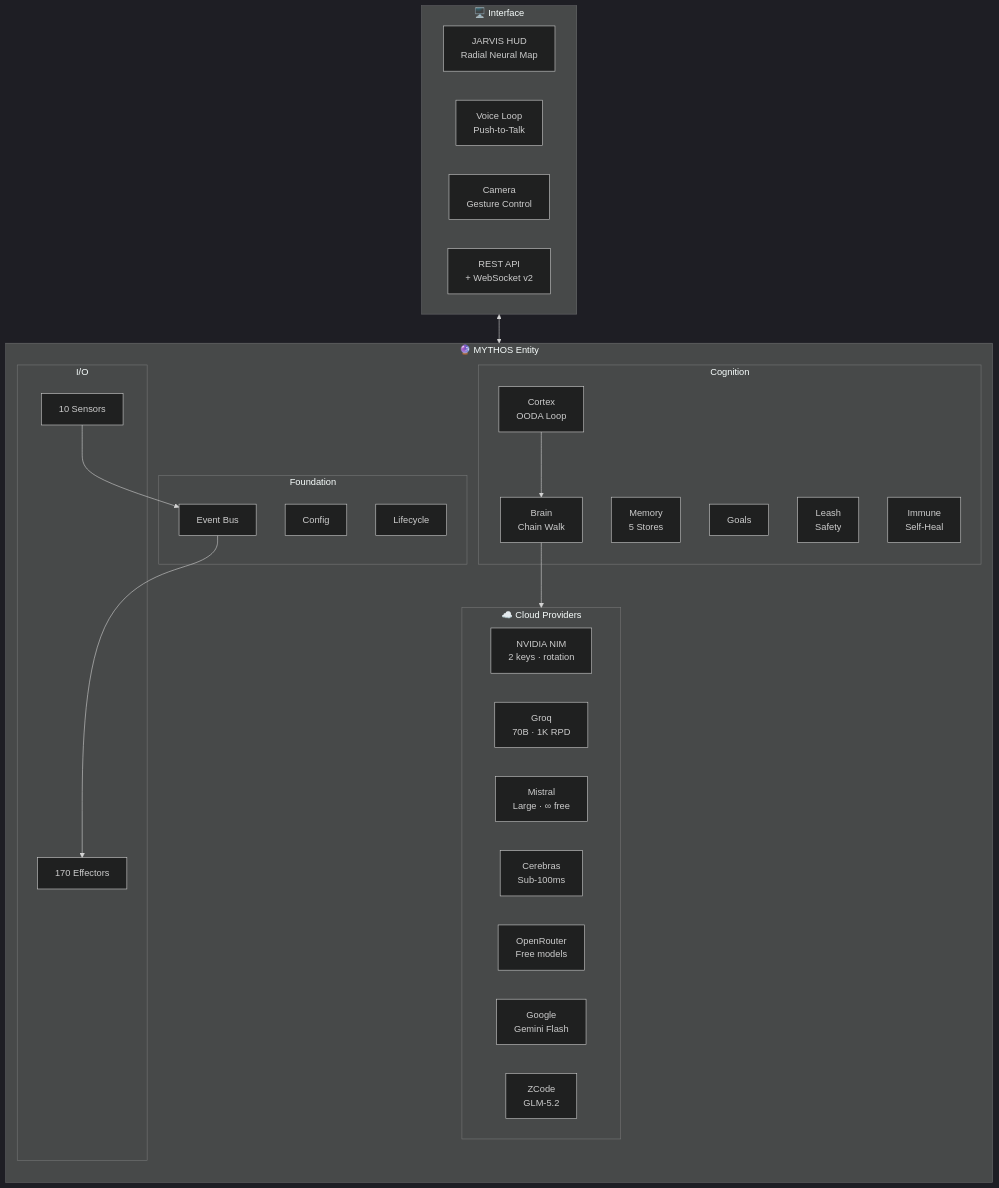
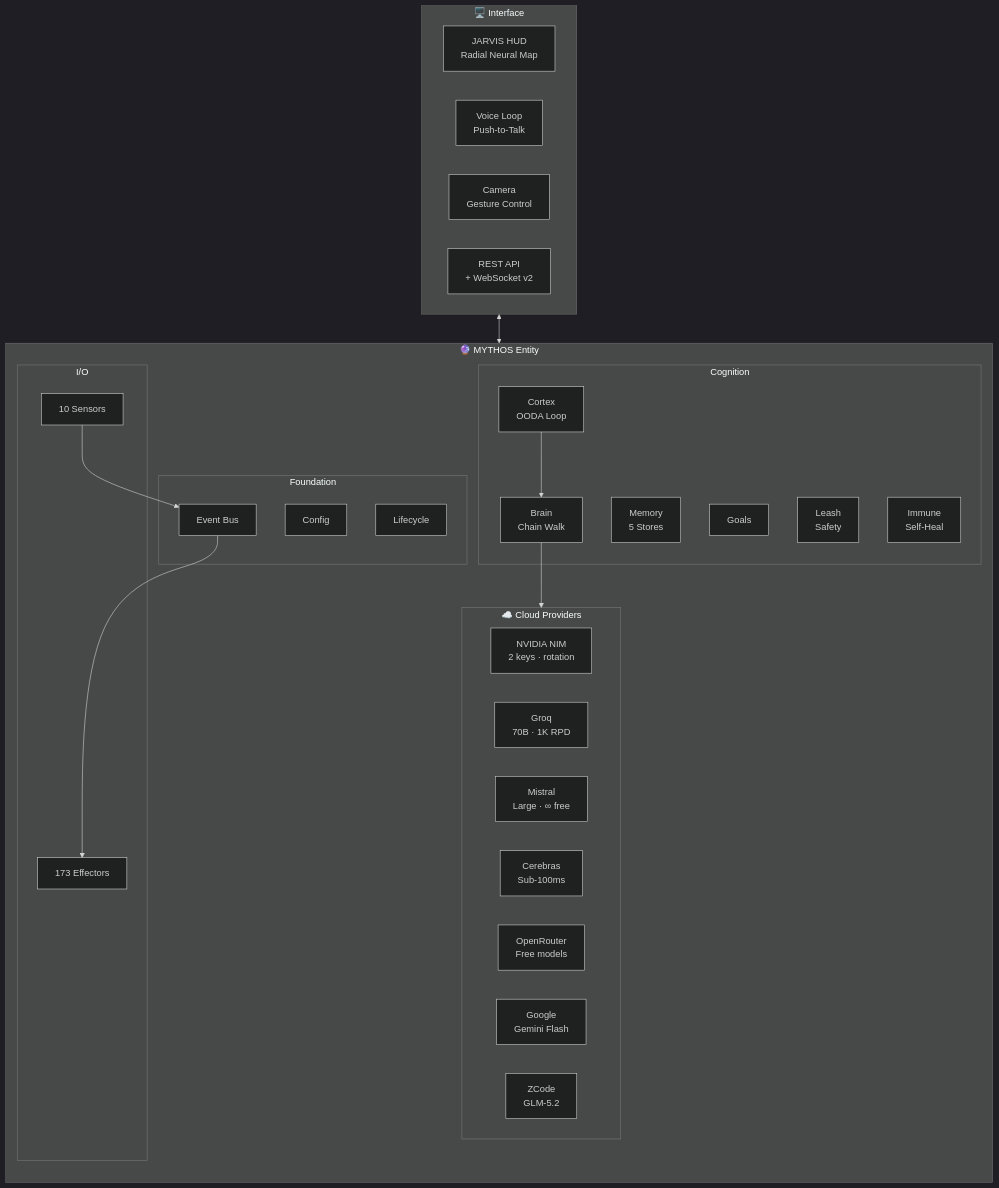
One commit to HailLucifer666/Agent_OS changed the first of 11 diagrams in README.md. Above: the diagram before and after it, drawn with Mermaid (dark theme). The commit also changed other lines of this file and 1 other file, not shown here.

First line of the commit message:
chore(test-count): sync README/ROADMAP to the real suite (4389)

````diff
--- a/README.md
+++ b/README.md
@@ -48,45 +48,45 @@
 ```mermaid
 flowchart TB
     subgraph Cloud["☁️ Cloud Providers"]
         direction LR
         NIM["NVIDIA NIM<br/>2 keys · rotation"]
         GQ["Groq<br/>70B · 1K RPD"]
         MI["Mistral<br/>Large · ∞ free"]
         CE["Cerebras<br/>Sub-100ms"]
         OR["OpenRouter<br/>Free models"]
         GOOG["Google<br/>Gemini Flash"]
         ZC["ZCode<br/>GLM-5.2"]
     end
 
     subgraph MYTHOS["🔮 MYTHOS Entity"]
         direction TB
         subgraph Foundation["Foundation"]
             CFG["Config"]
             BUS["Event Bus"]
             LIFE["Lifecycle"]
         end
         subgraph Cognition["Cognition"]
             CORT["Cortex<br/>OODA Loop"]
             BRN["Brain<br/>Chain Walk"]
             MEM["Memory<br/>5 Stores"]
             GOAL["Goals"]
             LEASH["Leash<br/>Safety"]
             IMM["Immune<br/>Self-Heal"]
         end
         subgraph IOLayer["I/O"]
             SENS["10 Sensors"]
-            EFF["170 Effectors"]
+            EFF["173 Effectors"]
         end
         CORT --> BRN --> Cloud
         SENS --> BUS --> EFF
     end
 
     subgraph Interface["🖥️ Interface"]
         HUD["JARVIS HUD<br/>Radial Neural Map"]
         VOICE["Voice Loop<br/>Push-to-Talk"]
         CAM["Camera<br/>Gesture Control"]
         API["REST API<br/>+ WebSocket v2"]
     end
 
     Interface <--> MYTHOS
 ```
````
